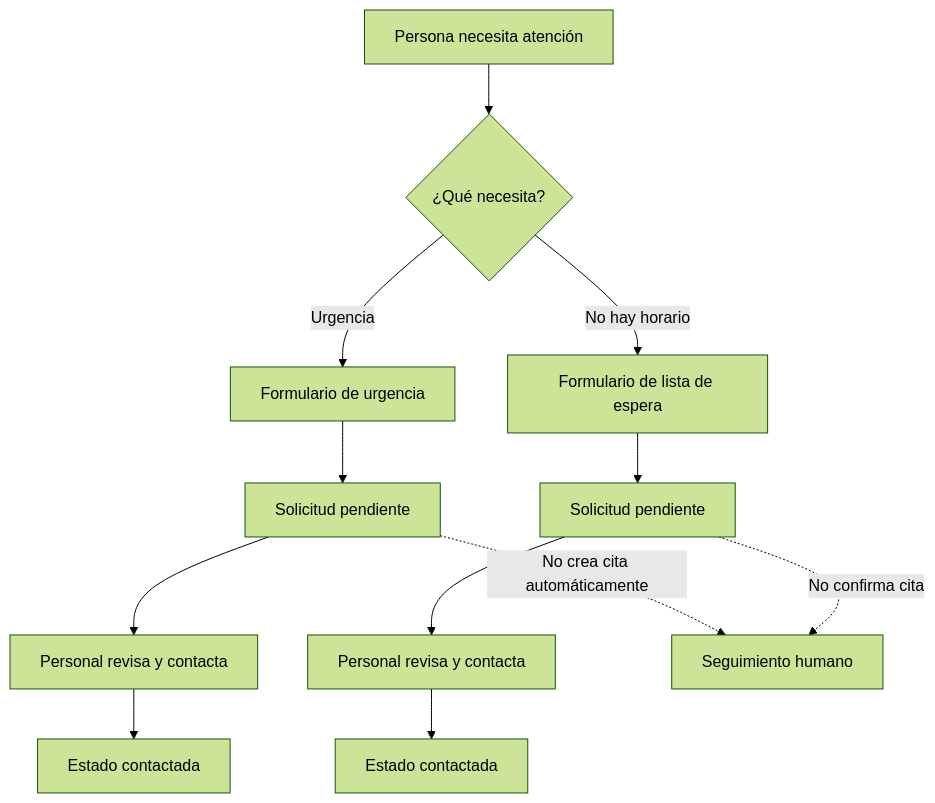
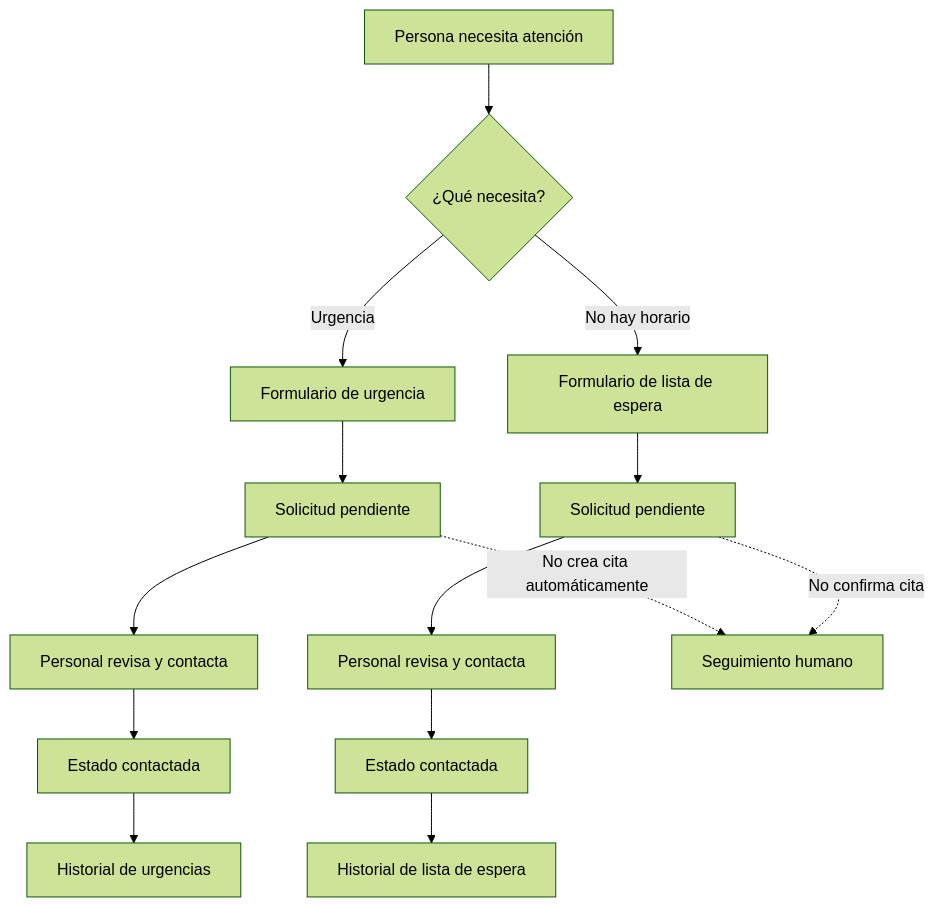
One commit to QuetzalTwT119/dentissa changed the fourth of 5 diagrams in docs/DIAGRAMAS-FLUJOS.md. Above: the diagram before and after it, drawn with Mermaid (forest theme). The commit also changed other lines of this file and 19 other files, not shown here.

````diff
--- a/docs/DIAGRAMAS-FLUJOS.md
+++ b/docs/DIAGRAMAS-FLUJOS.md
@@ -63,14 +76,16 @@
 ```mermaid
 flowchart TD
     Inicio[Persona necesita atención] --> Tipo{¿Qué necesita?}
     Tipo -->|Urgencia| U[Formulario de urgencia]
     Tipo -->|No hay horario| E[Formulario de lista de espera]
     U --> UP[Solicitud pendiente]
     E --> EP[Solicitud pendiente]
     UP --> ContactarU[Personal revisa y contacta]
     EP --> ContactarE[Personal revisa y contacta]
     ContactarU --> UC[Estado contactada]
     ContactarE --> EC[Estado contactada]
+    UC --> UH[Historial de urgencias]
+    EC --> EH[Historial de lista de espera]
     UP -.->|No crea cita automáticamente| Fin[Seguimiento humano]
     EP -.->|No confirma cita| Fin
 ```
````
